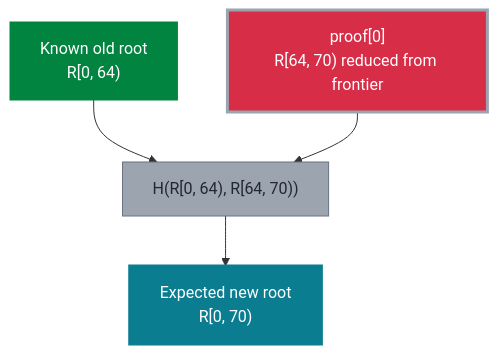
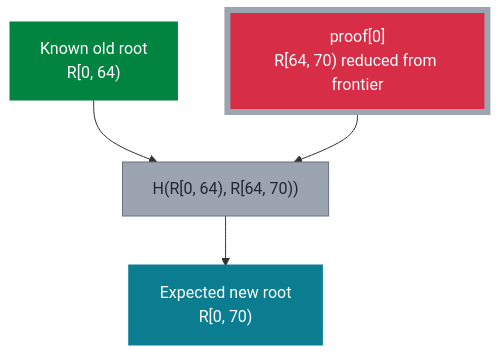
Before and after one commit to microsoft/merklecpp: diagram 17 of 20 in doc/tiles-illustrated.rst, drawn with Mermaid. The commit also changed other lines of this file, not shown here.

First line of the commit message:
Thicken contrasting diagram borders

```diff
--- a/doc/tiles-illustrated.rst
+++ b/doc/tiles-illustrated.rst
@@ -649,16 +649,16 @@
 .. mermaid::
 
    flowchart TB
      OLD["Known old root<br/>R[0, 64)"]:::tile
      EXT["proof[0]<br/>R[64, 70) reduced from frontier"]:::proofComputed
      JOIN["H(R[0, 64), R[64, 70))"]:::computed
      NEW["Expected new root<br/>R[0, 70)"]:::result
 
      OLD --> JOIN
      EXT --> JOIN
      JOIN --> NEW
 
      classDef tile fill:#00843f,stroke:#00843f,color:#ffffff
-     classDef proofComputed fill:#d72d47,stroke:#9ca4af,stroke-width:3px,color:#ffffff
+     classDef proofComputed fill:#d72d47,stroke:#9ca4af,stroke-width:6px,color:#ffffff
      classDef computed fill:#9ca4af,stroke:#677384,color:#222832
      classDef result fill:#0a7d91,stroke:#0a7d91,stroke-width:3px,color:#ffffff
```
